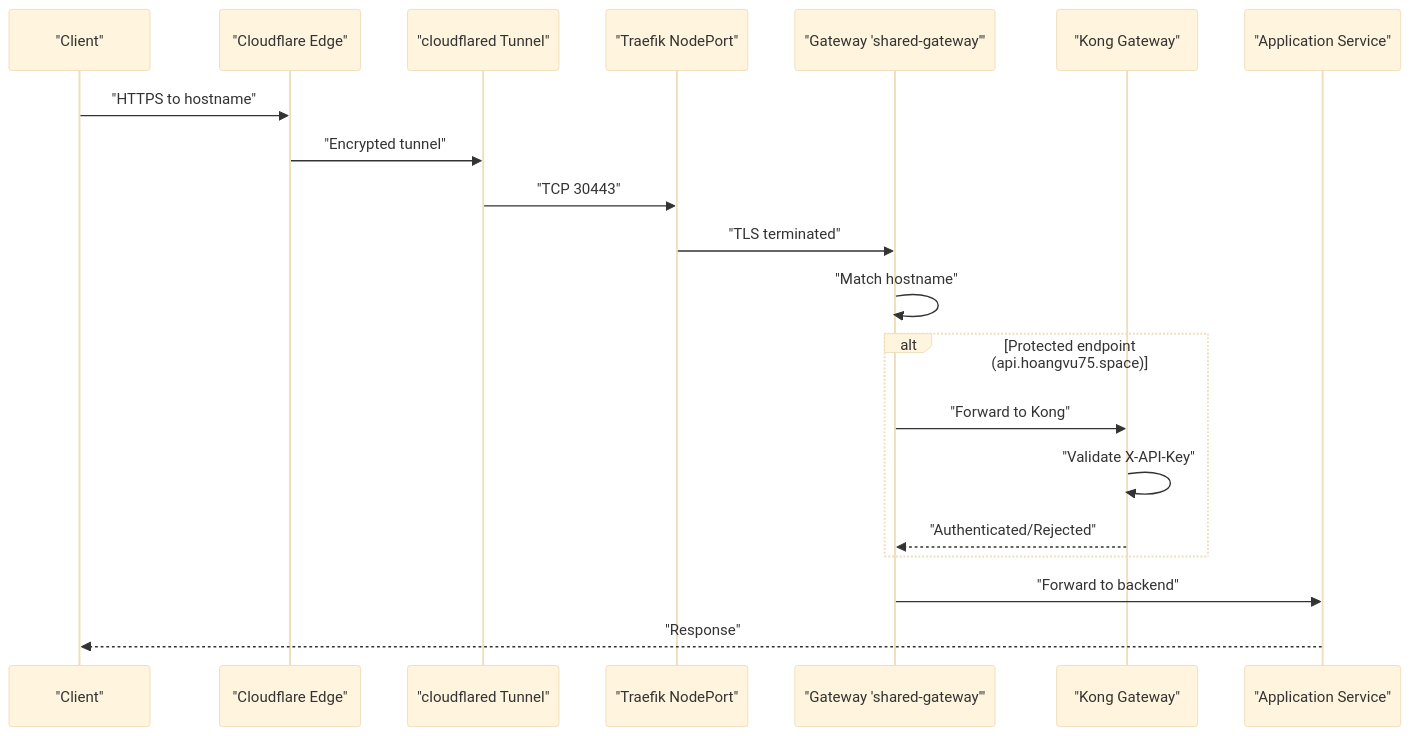
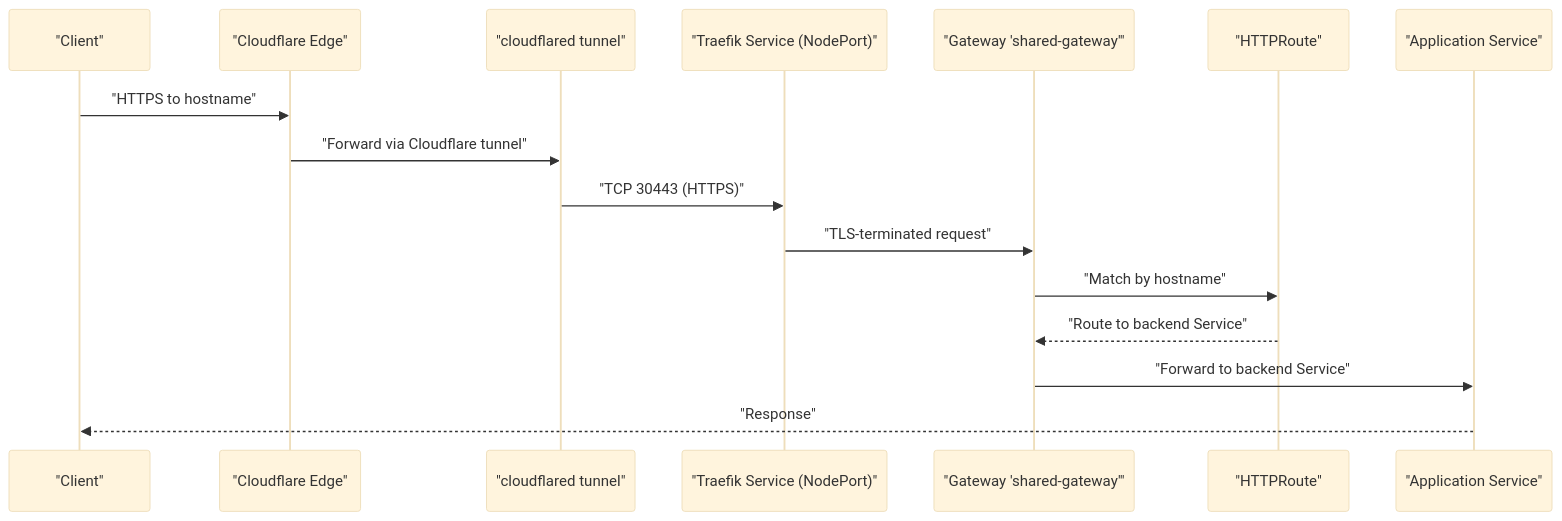
Before and after one commit to Hoangvu75/k8s_manifest: the second of 3 diagrams in .qoder/repowiki/en/content/Architecture and Design/Network Flow and Ingress Architecture.md, drawn with Mermaid (base theme). The commit also changed other lines of this file and 31 other files, not shown here.

````diff
--- a/.qoder/repowiki/en/content/Architecture and Design/Network Flow and Ingress Architecture.md
+++ b/.qoder/repowiki/en/content/Architecture and Design/Network Flow and Ingress Architecture.md
@@ -149,22 +131,18 @@
 ```mermaid
 sequenceDiagram
 participant Client as "Client"
 participant CF as "Cloudflare Edge"
-participant TNL as "cloudflared Tunnel"
-participant SVC as "Traefik NodePort"
+participant TNL as "cloudflared tunnel"
+participant SVC as "Traefik Service (NodePort)"
 participant GW as "Gateway 'shared-gateway'"
-participant KONG as "Kong Gateway"
+participant RT as "HTTPRoute"
 participant APP as "Application Service"
 Client->>CF : "HTTPS to hostname"
-CF->>TNL : "Encrypted tunnel"
-TNL->>SVC : "TCP 30443"
-SVC->>GW : "TLS terminated"
-GW->>GW : "Match hostname"
-alt Protected endpoint (api.hoangvu75.space)
-GW->>KONG : "Forward to Kong"
-KONG->>KONG : "Validate X-API-Key"
-KONG-->>GW : "Authenticated/Rejected"
-end
-GW->>APP : "Forward to backend"
+CF->>TNL : "Forward via Cloudflare tunnel"
+TNL->>SVC : "TCP 30443 (HTTPS)"
+SVC->>GW : "TLS-terminated request"
+GW->>RT : "Match by hostname"
+RT-->>GW : "Route to backend Service"
+GW->>APP : "Forward to backend Service"
 APP-->>Client : "Response"
 ```
````
